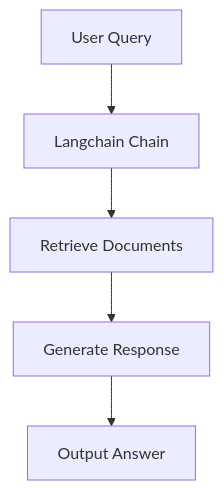
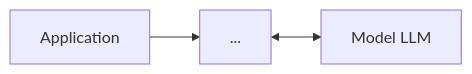
One commit to wahyudesu/langchain-workshop changed the first of 2 diagrams in slidev/slides.md. Above: the diagram before and after it, drawn with Mermaid. The commit also changed other lines of this file and 7 other files, not shown here.

````diff
--- a/slidev/slides.md
+++ b/slidev/slides.md
@@ -90,7 +126,5 @@
 ```mermaid
-graph TD
-    A[User Query] --> B[Langchain Chain]
-    B --> C[Retrieve Documents]
-    C --> D[Generate Response]
-    D --> E[Output Answer]
+graph LR
+    A[Application] --> B[ ... ]
+    B <--> C[Model LLM]
 ```
````
